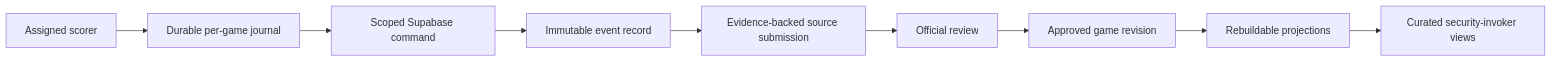
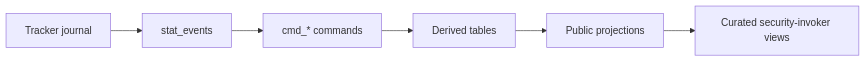
The diagram in apps/onoo/docs/ARCHITECTURE.md (themuuln/zuiio), drawn with Mermaid before and after one commit. The commit also changed other lines of this file and 10 other files, not shown here.

````diff
--- a/apps/onoo/docs/ARCHITECTURE.md
+++ b/apps/onoo/docs/ARCHITECTURE.md
@@ -13,11 +15,8 @@
 ```mermaid
 flowchart LR
-  Scorer[Assigned scorer] --> Journal[Durable per-game journal]
-  Journal --> Command[Scoped Supabase command]
-  Command --> Events[Immutable event record]
-  Events --> Source[Evidence-backed source submission]
-  Source --> Review[Official review]
-  Review --> Revision[Approved game revision]
-  Revision --> Projection[Rebuildable projections]
+  Tracker[Tracker journal] --> Events[stat_events]
+  Events --> Commands[cmd_* commands]
+  Commands --> Derived[Derived tables]
+  Derived --> Projection[Public projections]
   Projection --> Public[Curated security-invoker views]
 ```
````
